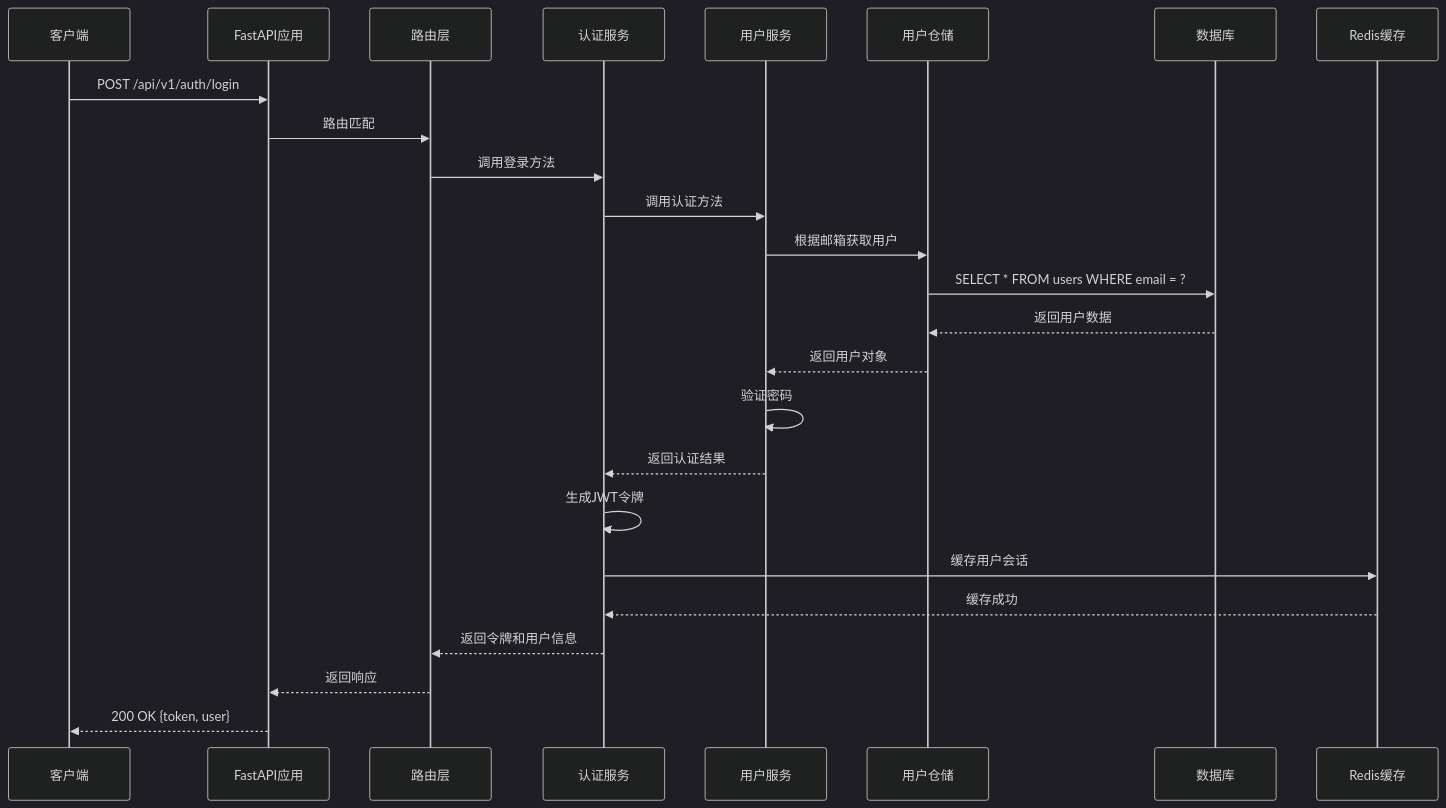
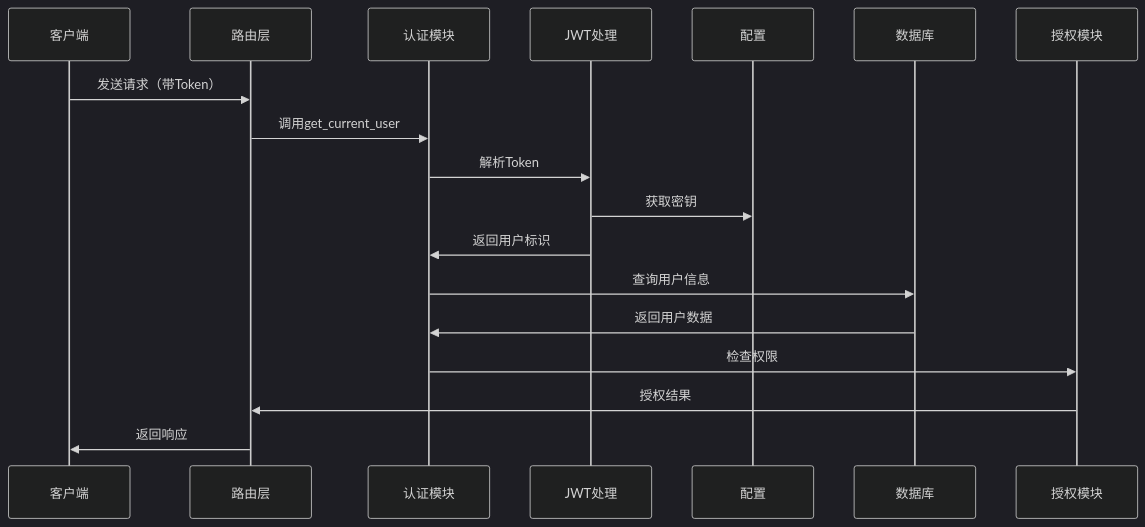
Before and after one commit to amuqiao/fastapi-enterprise-framework-template: diagram 16 of 22 in docs/design/architecture_guide.md, drawn with Mermaid (dark theme). The commit also changed other lines of this file, not shown here.

Commit message:
优化总设计指南,调整文档结构,各个模块添加模块架构图和数据流转图

````diff
--- a/docs/design/architecture_guide.md
+++ b/docs/design/architecture_guide.md
@@ -1036,28 +993,21 @@
 ```mermaid
 sequenceDiagram
     participant Client as 客户端
-    participant FastAPI as FastAPI应用
     participant Router as 路由层
-    participant AuthService as 认证服务
-    participant UserService as 用户服务
-    participant UserRepo as 用户仓储
+    participant Auth as 认证模块
+    participant JWT as JWT处理
+    participant Settings as 配置
     participant DB as 数据库
-    participant Cache as Redis缓存
+    participant Authz as 授权模块
     
-    Client->>FastAPI: POST /api/v1/auth/login
-    FastAPI->>Router: 路由匹配
-    Router->>AuthService: 调用登录方法
-    AuthService->>UserService: 调用认证方法
-    UserService->>UserRepo: 根据邮箱获取用户
-    UserRepo->>DB: SELECT * FROM users WHERE email = ?
-    DB-->>UserRepo: 返回用户数据
-    UserRepo-->>UserService: 返回用户对象
-    UserService->>UserService: 验证密码
-    UserService-->>AuthService: 返回认证结果
-    AuthService->>AuthService: 生成JWT令牌
-    AuthService->>Cache: 缓存用户会话
-    Cache-->>AuthService: 缓存成功
-    AuthService-->>Router: 返回令牌和用户信息
-    Router-->>FastAPI: 返回响应
-    FastAPI-->>Client: 200 OK {token, user}
+    Client->>Router: 发送请求（带Token）
+    Router->>Auth: 调用get_current_user
+    Auth->>JWT: 解析Token
+    JWT->>Settings: 获取密钥
+    JWT->>Auth: 返回用户标识
+    Auth->>DB: 查询用户信息
+    DB->>Auth: 返回用户数据
+    Auth->>Authz: 检查权限
+    Authz->>Router: 授权结果
+    Router->>Client: 返回响应
 ```
````
